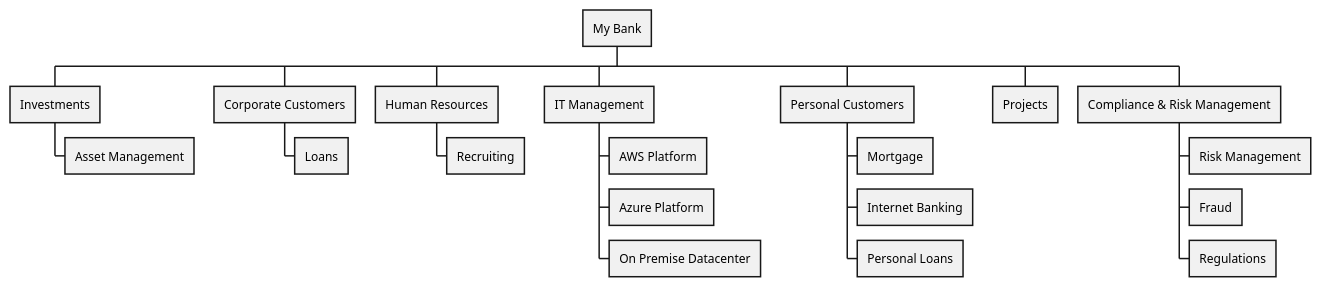
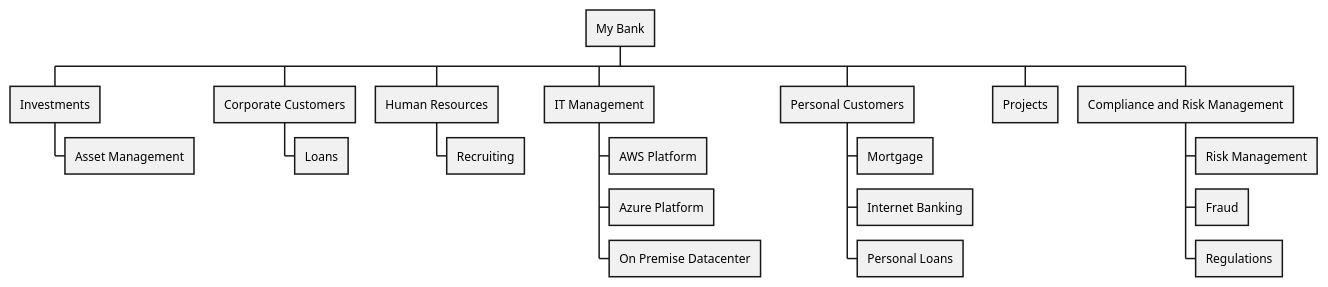
Before and after one commit to soulspace-org/my-bank-model: the diagram in docs/mybank/organization/organization-structure-view.puml, drawn with PlantUML. The commit also changed other lines of this file and 32 other files, not shown here.

```diff
--- a/docs/mybank/organization/organization-structure-view.puml
+++ b/docs/mybank/organization/organization-structure-view.puml
@@ -2,23 +1,23 @@
 @startwbs
 * My Bank
 ** Investments
 *** Asset Management
 ** Corporate Customers
 *** Loans
 ** Human Resources
 *** Recruiting
 ** IT Management
 *** AWS Platform
 *** Azure Platform
 *** On Premise Datacenter
 ** Personal Customers
 *** Mortgage
 *** Internet Banking
 *** Personal Loans
 ** Projects
-** Compliance & Risk Management
+** Compliance and Risk Management
 *** Risk Management
 *** Fraud
 *** Regulations
 
 @endwbs
```
